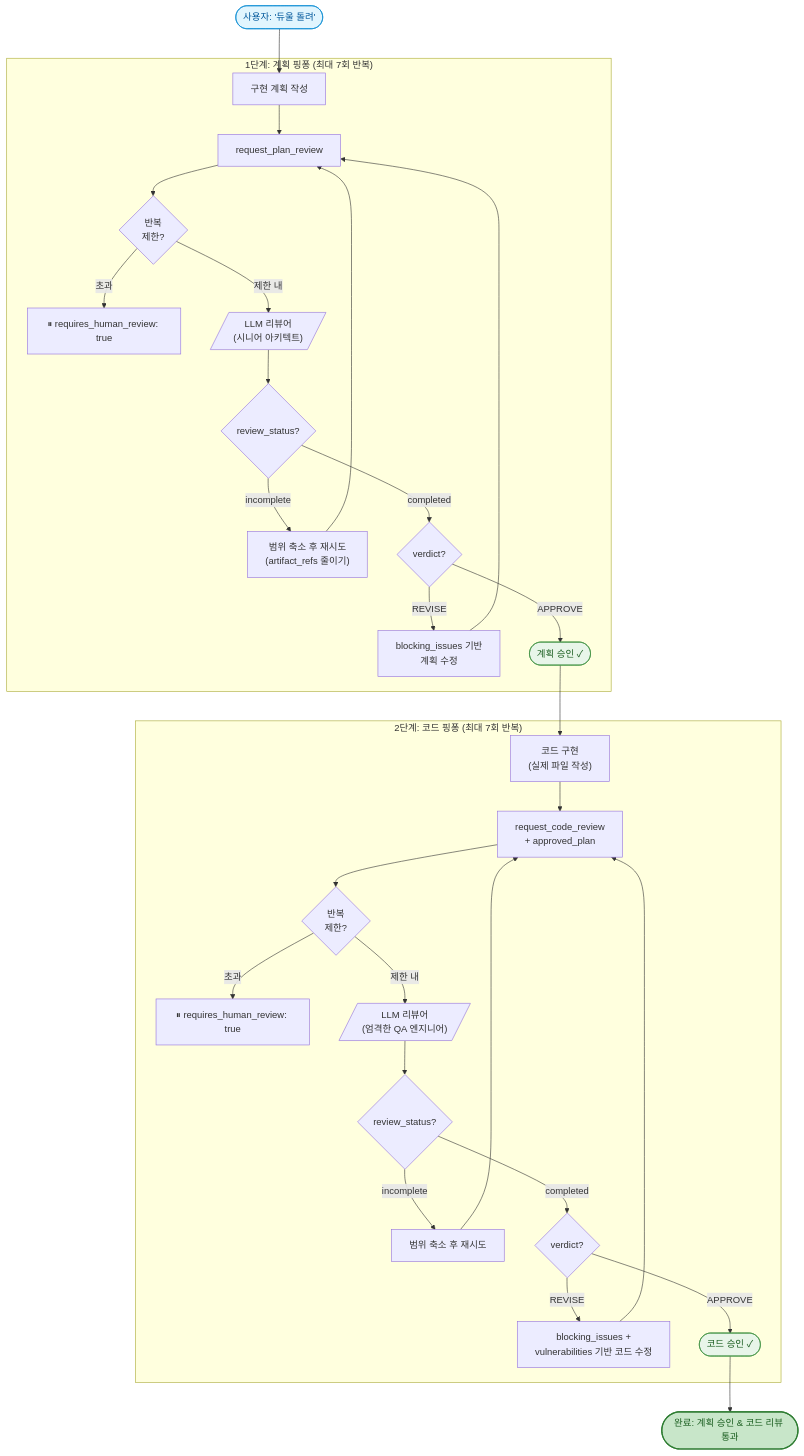
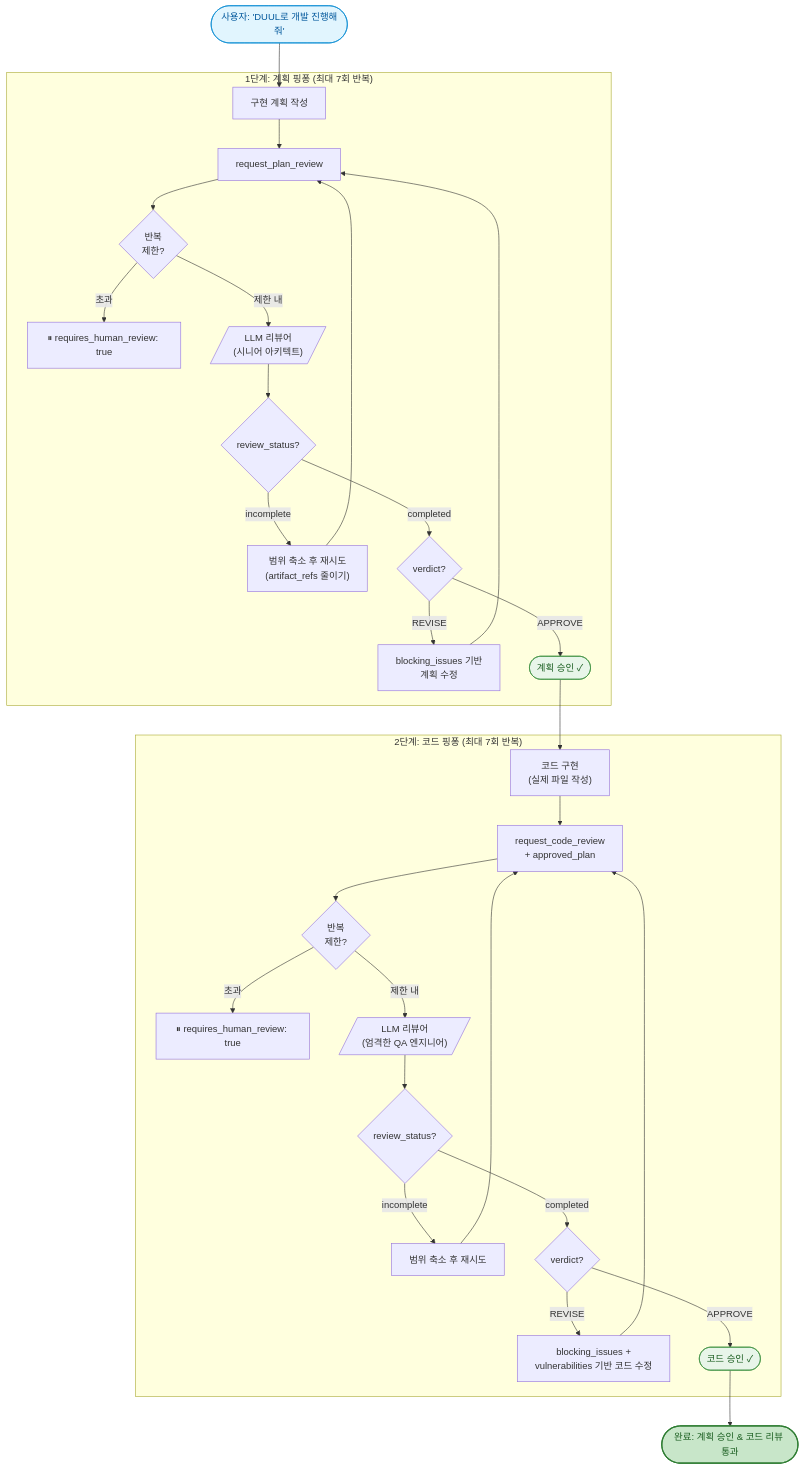
One commit to Planningo/duul changed the first of 4 diagrams in README.ko.md. Above: the diagram before and after it, drawn with Mermaid. The commit also changed other lines of this file and 5 other files, not shown here.

````diff
--- a/README.ko.md
+++ b/README.ko.md
@@ -24,40 +24,40 @@
 ```mermaid
 flowchart TD
-    Start(["사용자: '듀울 돌려'"]):::trigger --> Plan["구현 계획 작성"]
+    Start(["사용자: 'DUUL로 개발 진행해줘'"]):::trigger --> Plan["구현 계획 작성"]
 
     subgraph Phase1["1단계: 계획 핑퐁 (최대 7회 반복)"]
         Plan --> PR["request_plan_review"]
         PR --> IterCheck1{반복\n제한?}
         IterCheck1 -- "초과" --> Human1["⏸ requires_human_review: true"]
         IterCheck1 -- "제한 내" --> Review1[/"LLM 리뷰어\n(시니어 아키텍트)"/]
         Review1 --> Status1{review_status?}
         Status1 -- "incomplete" --> Narrow1["범위 축소 후 재시도\n(artifact_refs 줄이기)"]
         Narrow1 --> PR
         Status1 -- "completed" --> Verdict1{verdict?}
         Verdict1 -- "REVISE" --> Fix1["blocking_issues 기반\n계획 수정"]
         Fix1 --> PR
         Verdict1 -- "APPROVE" --> PlanOK(["계획 승인 ✓"]):::approved
     end
 
     PlanOK --> Impl["코드 구현\n(실제 파일 작성)"]
 
     subgraph Phase2["2단계: 코드 핑퐁 (최대 7회 반복)"]
         Impl --> CR["request_code_review\n+ approved_plan"]
         CR --> IterCheck2{반복\n제한?}
         IterCheck2 -- "초과" --> Human2["⏸ requires_human_review: true"]
         IterCheck2 -- "제한 내" --> Review2[/"LLM 리뷰어\n(엄격한 QA 엔지니어)"/]
         Review2 --> Status2{review_status?}
         Status2 -- "incomplete" --> Narrow2["범위 축소 후 재시도"]
         Narrow2 --> CR
         Status2 -- "completed" --> Verdict2{verdict?}
         Verdict2 -- "REVISE" --> Fix2["blocking_issues +\nvulnerabilities 기반 코드 수정"]
         Fix2 --> CR
         Verdict2 -- "APPROVE" --> CodeOK(["코드 승인 ✓"]):::approved
     end
 
     CodeOK --> Done(["완료: 계획 승인 & 코드 리뷰 통과"]):::done
 
     classDef trigger fill:#e1f5fe,stroke:#0288d1,color:#01579b
     classDef approved fill:#e8f5e9,stroke:#388e3c,color:#1b5e20
     classDef done fill:#c8e6c9,stroke:#2e7d32,color:#1b5e20,stroke-width:2px
 ```
````
